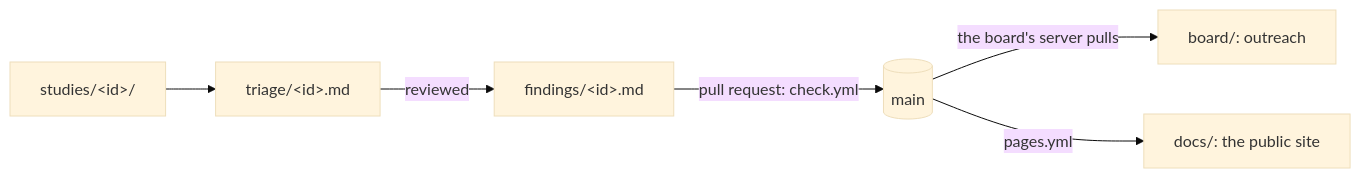
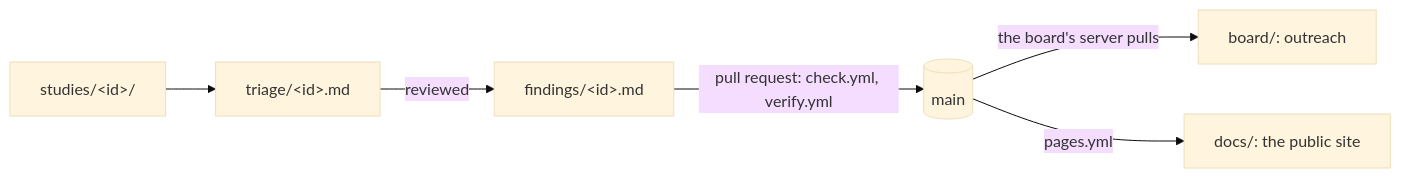
One commit to CPerezz/pq-chain-analysis changed the diagram in README.md. Above: the diagram before and after it, drawn with Mermaid (base theme). The commit also changed other lines of this file and 5 other files, not shown here.

First line of the commit message:
verify: Claude checks every card a pull request adds against the archive node, and merges it when all hold

````diff
--- a/README.md
+++ b/README.md
@@ -13,8 +13,8 @@
 ```mermaid
 flowchart LR
   S["studies/&lt;id&gt;/"] --> T["triage/&lt;id&gt;.md"]
   T -->|reviewed| F["findings/&lt;id&gt;.md"]
-  F -->|"pull request: check.yml"| M[(main)]
+  F -->|"pull request: check.yml, verify.yml"| M[(main)]
   M -->|"the board's server pulls"| B["board/: outreach"]
   M -->|pages.yml| P["docs/: the public site"]
 ```
````
